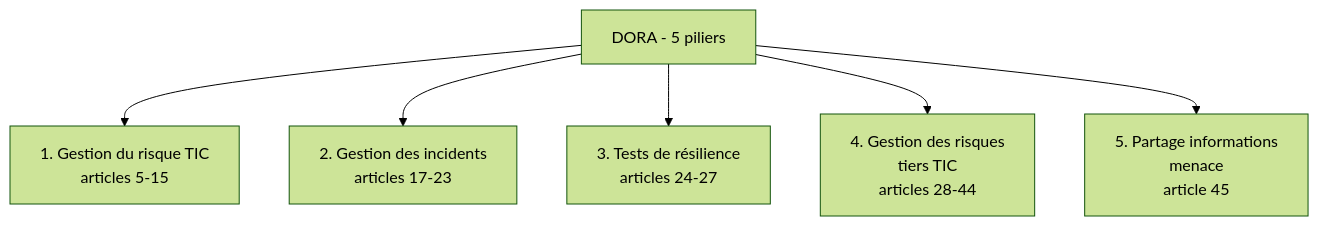
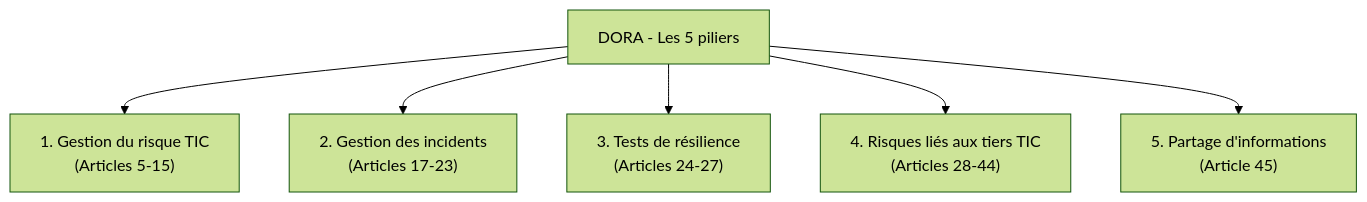
One commit to zyrass/omnydocs changed the third of 7 diagrams in docs/cursus-forensic/01-cycle-0-fondations/module-1-legislation/09-dora-pour-secteur-financier.md. Above: the diagram before and after it, drawn with Mermaid (forest theme). The commit also changed other lines of this file and 171 other files, not shown here.

````diff
--- a/docs/cursus-forensic/01-cycle-0-fondations/module-1-legislation/09-dora-pour-secteur-financier.md
+++ b/docs/cursus-forensic/01-cycle-0-fondations/module-1-legislation/09-dora-pour-secteur-financier.md
@@ -108,9 +117,9 @@
 ```mermaid
 flowchart TB
-    A[DORA - 5 piliers]
-    A --> B[1. Gestion du risque TIC<br>articles 5-15]
-    A --> C[2. Gestion des incidents<br>articles 17-23]
-    A --> D[3. Tests de résilience<br>articles 24-27]
-    A --> E[4. Gestion des risques<br>tiers TIC<br>articles 28-44]
-    A --> F[5. Partage informations<br>menace<br>article 45]
+    A["DORA - Les 5 piliers"]
+    A --> B["1. Gestion du risque TIC<br>(Articles 5-15)"]
+    A --> C["2. Gestion des incidents<br>(Articles 17-23)"]
+    A --> D["3. Tests de résilience<br>(Articles 24-27)"]
+    A --> E["4. Risques liés aux tiers TIC<br>(Articles 28-44)"]
+    A --> F["5. Partage d'informations<br>(Article 45)"]
 ```
````
